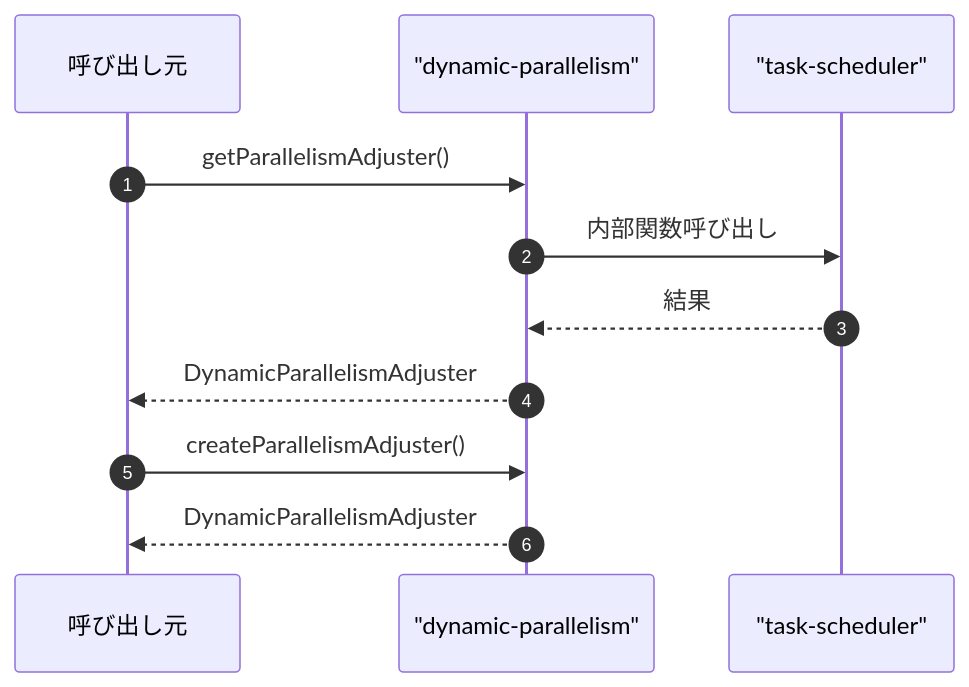
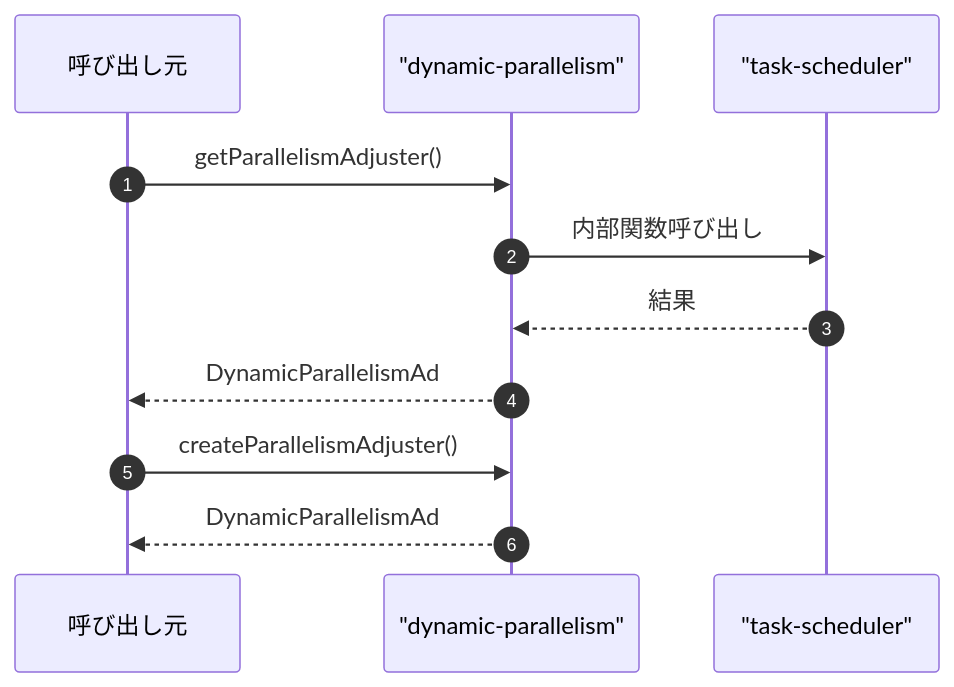
The fourth of 4 diagrams in ABDD/.pi/lib/dynamic-parallelism.md (Mekann2904/mekann), drawn with Mermaid before and after one commit. The commit also changed other lines of this file and 174 other files, not shown here.

First line of the commit message:
fix(docs): ABDDのMermaid図生成エラーを修正する

````diff
--- a/ABDD/.pi/lib/dynamic-parallelism.md
+++ b/ABDD/.pi/lib/dynamic-parallelism.md
@@ -130,15 +130,15 @@
 ```mermaid
 sequenceDiagram
   autonumber
   participant Caller as 呼び出し元
   participant dynamic_parallelism as "dynamic-parallelism"
   participant task_scheduler as "task-scheduler"
 
   Caller->>dynamic_parallelism: getParallelismAdjuster()
   dynamic_parallelism->>task_scheduler: 内部関数呼び出し
   task_scheduler-->>dynamic_parallelism: 結果
-  dynamic_parallelism-->>Caller: DynamicParallelismAdjuster
+  dynamic_parallelism-->>Caller: DynamicParallelismAd
 
   Caller->>dynamic_parallelism: createParallelismAdjuster()
-  dynamic_parallelism-->>Caller: DynamicParallelismAdjuster
+  dynamic_parallelism-->>Caller: DynamicParallelismAd
 ```
````
